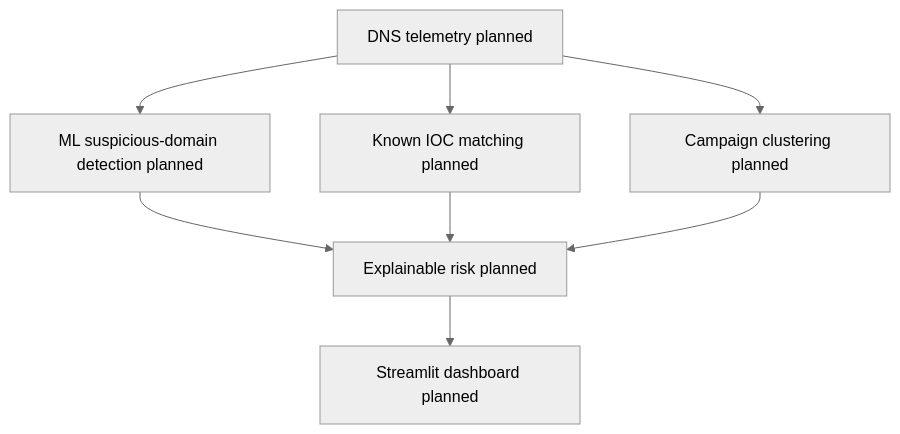
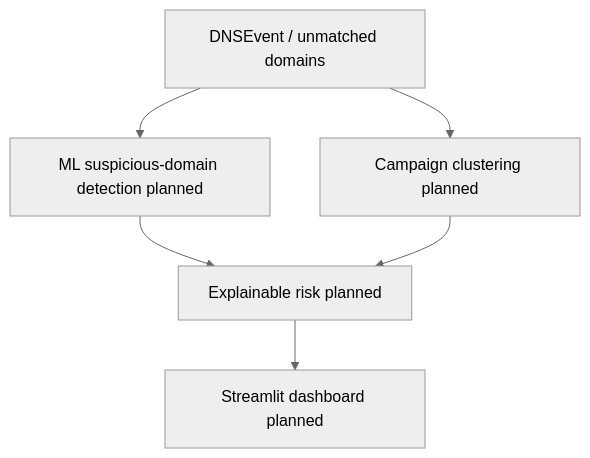
The second of 2 diagrams in docs/ARCHITECTURE.md (ConquestorYa/threatfusion-ai), drawn with Mermaid (neutral theme) before and after one commit. The commit also changed other lines of this file and 2 other files, not shown here.

Commit message:
docs: document DNS ingestion and IOC matching

````diff
--- a/docs/ARCHITECTURE.md
+++ b/docs/ARCHITECTURE.md
@@ -20,10 +34,8 @@
 ```mermaid
 flowchart TD
-    DNS[DNS telemetry planned] --> Match[Known IOC matching planned]
-    DNS --> Detect[ML suspicious-domain detection planned]
+    DNS[DNSEvent / unmatched domains] --> Detect[ML suspicious-domain detection planned]
     DNS --> Cluster[Campaign clustering planned]
     Detect --> Risk[Explainable risk planned]
-    Match --> Risk
     Cluster --> Risk
     Risk --> Dashboard[Streamlit dashboard planned]
 ```
````
